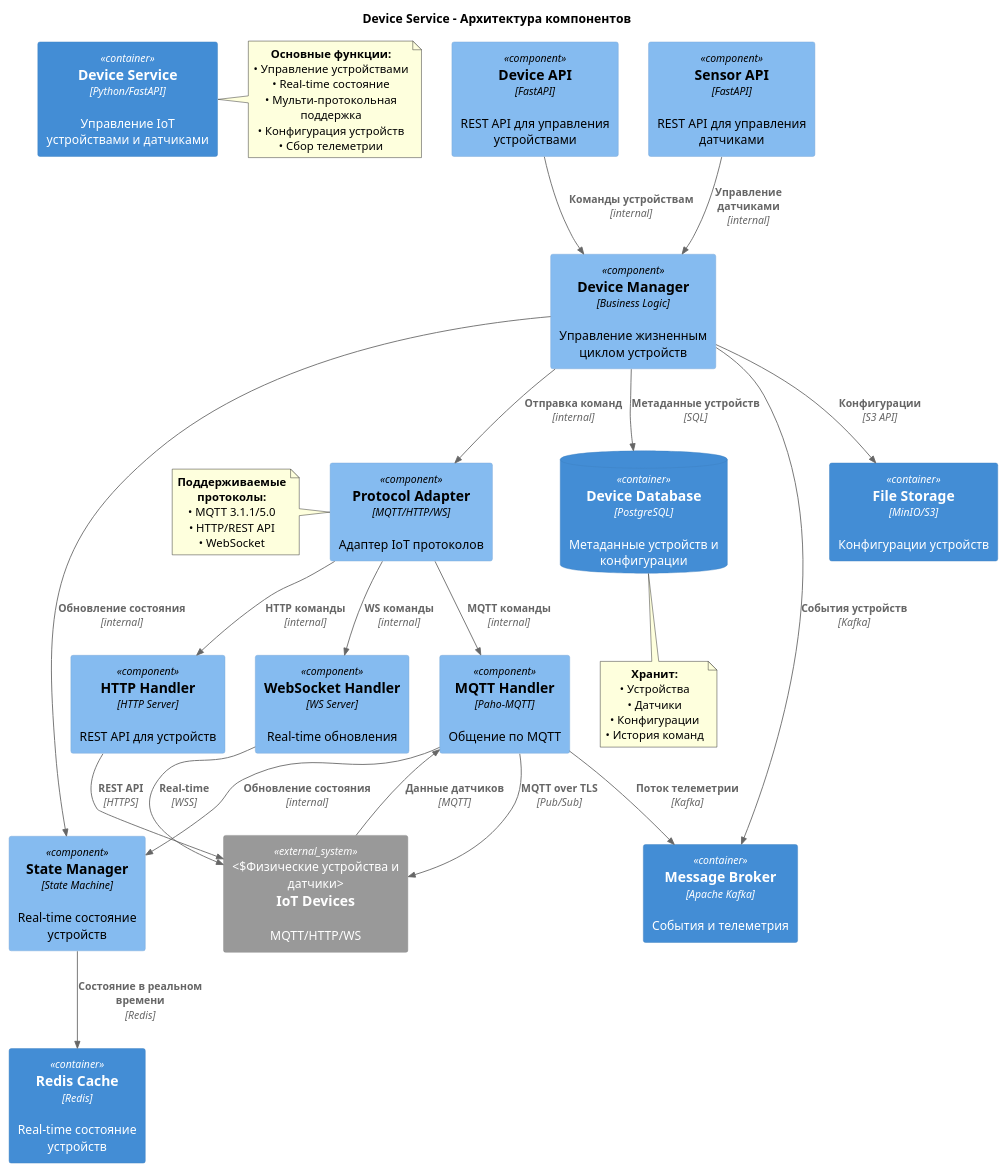
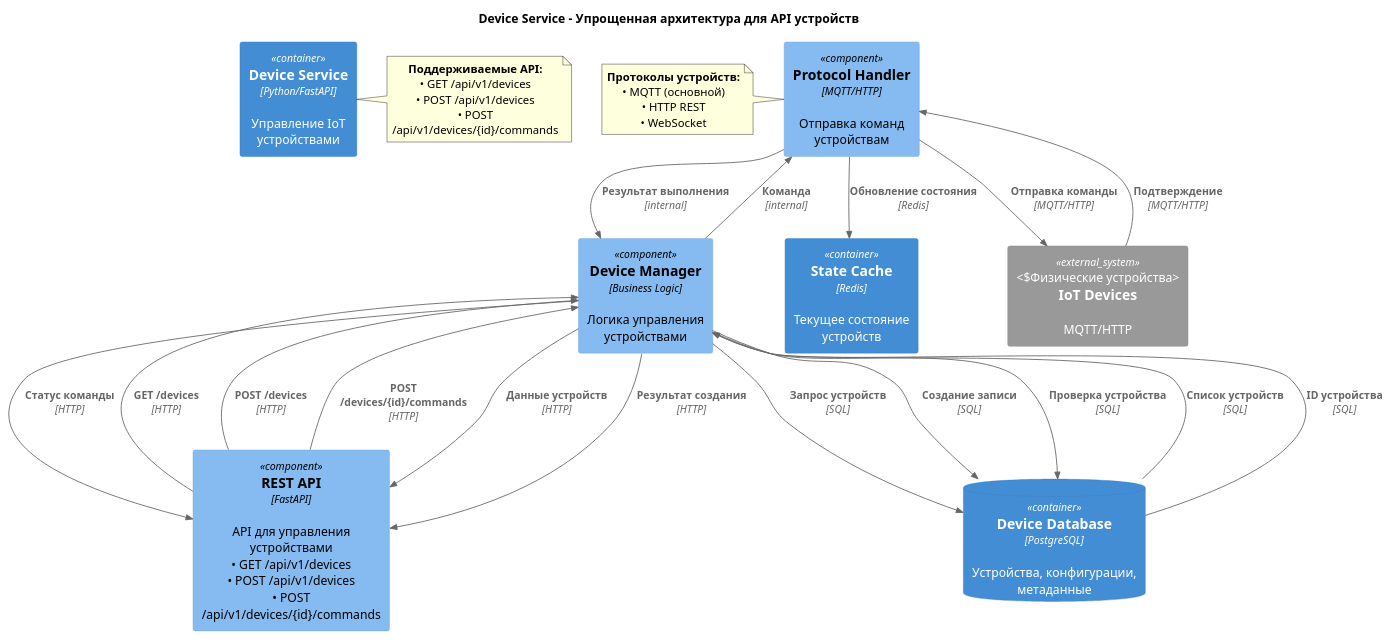
Before and after one commit to andrey5553/yandex-practicum-warmhouse: the diagram in schemas/to-be/device_service_component.puml, drawn with PlantUML. The commit also changed 9 other files, not shown here.

```diff
--- a/schemas/to-be/device_service_component.puml
+++ b/schemas/to-be/device_service_component.puml
@@ -1,82 +1,58 @@
 @startuml
 !include <C4/C4_Component>
 
-title Device Service - Архитектура компонентов
+title Device Service - Упрощенная архитектура для API устройств
 
-Container(device_service, "Device Service", "Python/FastAPI", "Управление IoT устройствами и датчиками")
+Container(device_service, "Device Service", "Python/FastAPI", "Управление IoT устройствами")
 
 ' === ОСНОВНЫЕ КОМПОНЕНТЫ ===
-Component(device_api, "Device API", "FastAPI", "REST API для управления устройствами")
-Component(sensor_api, "Sensor API", "FastAPI", "REST API для управления датчиками")
-Component(device_manager, "Device Manager", "Business Logic", "Управление жизненным циклом устройств")
-Component(state_manager, "State Manager", "State Machine", "Real-time состояние устройств")
-Component(protocol_adapter, "Protocol Adapter", "MQTT/HTTP/WS", "Адаптер IoT протоколов")
+Component(api, "REST API", "FastAPI", "API для управления устройствами\n• GET /api/v1/devices\n• POST /api/v1/devices\n• POST /api/v1/devices/{id}/commands")
+Component(device_manager, "Device Manager", "Business Logic", "Логика управления устройствами")
+Component(protocol_handler, "Protocol Handler", "MQTT/HTTP", "Отправка команд устройствам")
 
-' === ПОДКОМПОНЕНТЫ ПРОТОКОЛОВ ===
-Component(mqtt_handler, "MQTT Handler", "Paho-MQTT", "Общение по MQTT")
-Component(http_handler, "HTTP Handler", "HTTP Server", "REST API для устройств")
-Component(websocket_handler, "WebSocket Handler", "WS Server", "Real-time обновления")
-
-' === ХРАНИЛИЩА ДАННЫХ ===
-ContainerDb(device_db, "Device Database", "PostgreSQL", "Метаданные устройств и конфигурации")
-Container(redis_cache, "Redis Cache", "Redis", "Real-time состояние устройств")
-Container(message_broker, "Message Broker", "Apache Kafka", "События и телеметрия")
-Container(file_storage, "File Storage", "MinIO/S3", "Конфигурации устройств")
+' === ХРАНИЛИЩА ===
+ContainerDb(device_db, "Device Database", "PostgreSQL", "Устройства, конфигурации, метаданные")
+Container(state_cache, "State Cache", "Redis", "Текущее состояние устройств")
 
 ' === ВНЕШНИЕ СИСТЕМЫ ===
-System_Ext(iot_devices, "IoT Devices", "MQTT/HTTP/WS", "Физические устройства и датчики")
+System_Ext(devices, "IoT Devices", "MQTT/HTTP", "Физические устройства")
 
-' === ОСНОВНЫЕ ВЗАИМОДЕЙСТВИЯ ===
+' === API ВЗАИМОДЕЙСТВИЯ ===
 
-' Внутренняя логика
-Rel(device_api, device_manager, "Команды устройствам", "internal")
-Rel(sensor_api, device_manager, "Управление датчиками", "internal")
-Rel(device_manager, state_manager, "Обновление состояния", "internal")
-Rel(device_manager, protocol_adapter, "Отправка команд", "internal")
+' 1. Получение всех устройств
+Rel(api, device_manager, "GET /devices", "HTTP")
+Rel(device_manager, device_db, "Запрос устройств", "SQL")
+Rel(device_db, device_manager, "Список устройств", "SQL")
+Rel(device_manager, api, "Данные устройств", "HTTP")
 
-' Протокольные обработчики
-Rel(protocol_adapter, mqtt_handler, "MQTT команды", "internal")
-Rel(protocol_adapter, http_handler, "HTTP команды", "internal")
-Rel(protocol_adapter, websocket_handler, "WS команды", "internal")
+' 2. Создание устройства
+Rel(api, device_manager, "POST /devices", "HTTP")
+Rel(device_manager, device_db, "Создание записи", "SQL")
+Rel(device_db, device_manager, "ID устройства", "SQL")
+Rel(device_manager, api, "Результат создания", "HTTP")
 
-' Взаимодействие с устройствами
-Rel(mqtt_handler, iot_devices, "MQTT over TLS", "Pub/Sub")
-Rel(http_handler, iot_devices, "REST API", "HTTPS")
-Rel(websocket_handler, iot_devices, "Real-time", "WSS")
-
-' Работа с данными
-Rel(device_manager, device_db, "Метаданные устройств", "SQL")
-Rel(state_manager, redis_cache, "Состояние в реальном времени", "Redis")
-Rel(device_manager, message_broker, "События устройств", "Kafka")
-Rel(device_manager, file_storage, "Конфигурации", "S3 API")
-
-' Телеметрия от устройств
-Rel(iot_devices, mqtt_handler, "Данные датчиков", "MQTT")
-Rel(mqtt_handler, state_manager, "Обновление состояния", "internal")
-Rel(mqtt_handler, message_broker, "Поток телеметрии", "Kafka")
+' 3. Отправка команды устройству
+Rel(api, device_manager, "POST /devices/{id}/commands", "HTTP")
+Rel(device_manager, device_db, "Проверка устройства", "SQL")
+Rel(device_manager, protocol_handler, "Команда", "internal")
+Rel(protocol_handler, devices, "Отправка команды", "MQTT/HTTP")
+Rel(devices, protocol_handler, "Подтверждение", "MQTT/HTTP")
+Rel(protocol_handler, state_cache, "Обновление состояния", "Redis")
+Rel(protocol_handler, device_manager, "Результат выполнения", "internal")
+Rel(device_manager, api, "Статус команды", "HTTP")
 
 note right of device_service
-  <b>Основные функции:</b>
-  • Управление устройствами
-  • Real-time состояние
-  • Мульти-протокольная поддержка
-  • Конфигурация устройств
-  • Сбор телеметрии
+  <b>Поддерживаемые API:</b>
+  • GET /api/v1/devices
+  • POST /api/v1/devices  
+  • POST /api/v1/devices/{id}/commands
 end note
 
-note left of protocol_adapter
-  <b>Поддерживаемые протоколы:</b>
-  • MQTT 3.1.1/5.0
-  • HTTP/REST API
+note left of protocol_handler
+  <b>Протоколы устройств:</b>
+  • MQTT (основной)
+  • HTTP REST
   • WebSocket
 end note
 
-note bottom of device_db
-  <b>Хранит:</b>
-  • Устройства
-  • Датчики  
-  • Конфигурации
-  • История команд
-end note
-
 @enduml
```
